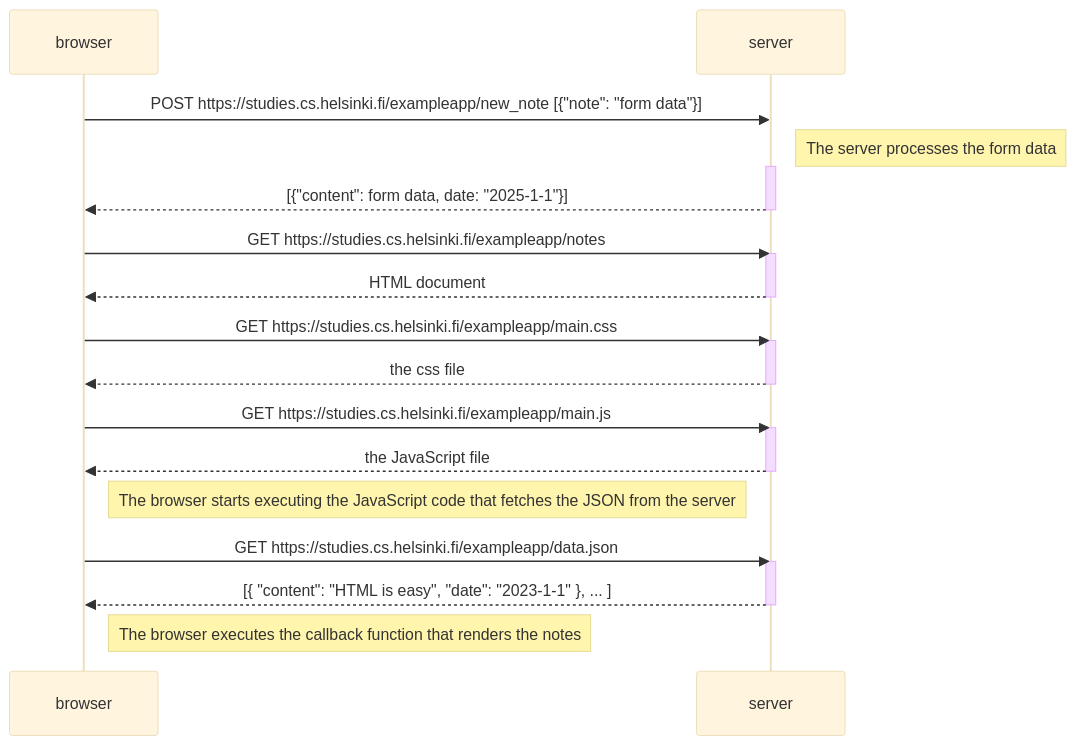
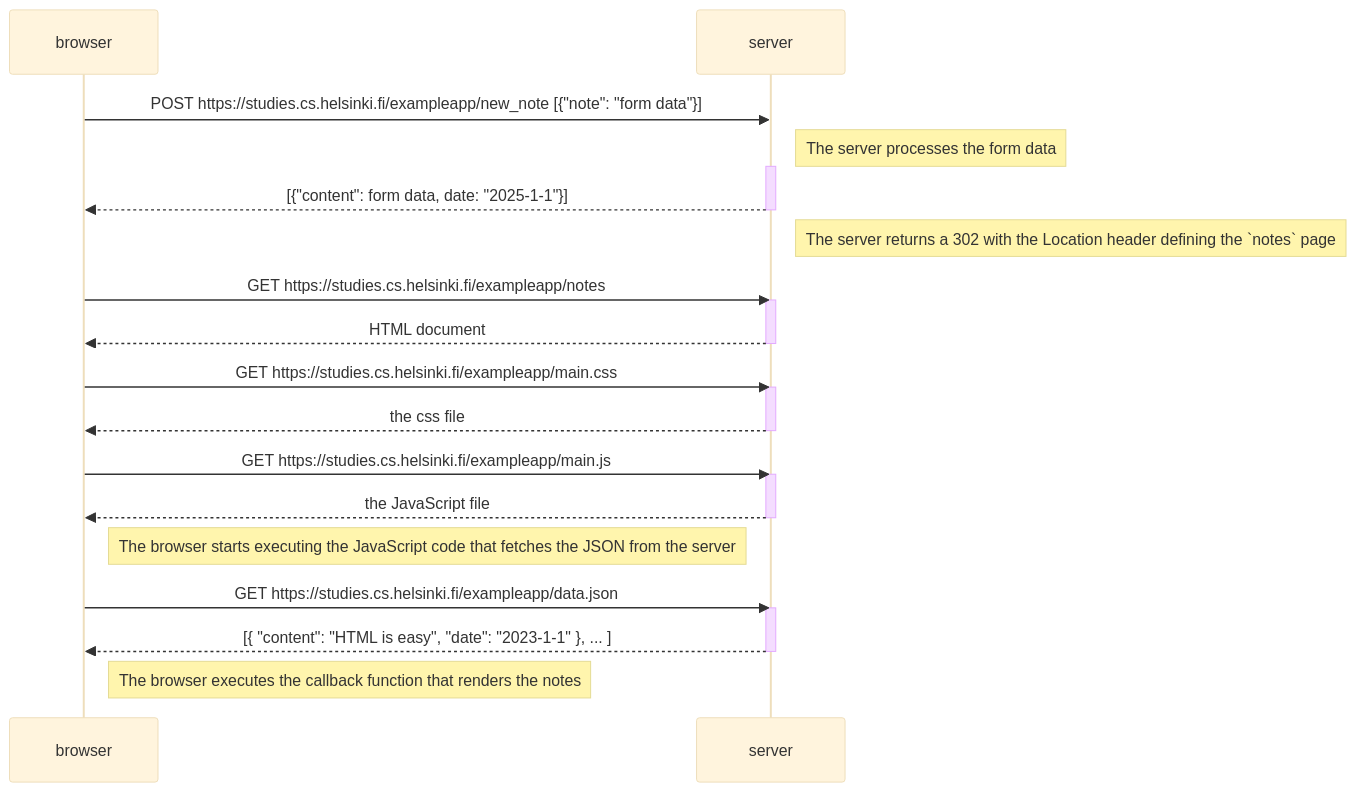
Before and after one commit to rizsyed1/fso: the diagram in part0/notes/notes.md, drawn with Mermaid (base theme).

Commit message:
notes done

````diff
--- a/part0/notes/notes.md
+++ b/part0/notes/notes.md
@@ -4,36 +4,38 @@
 ```mermaid
   sequenceDiagram
     participant browser
     participant server
 
     browser->>server:POST https://studies.cs.helsinki.fi/exampleapp/new_note [{"note": "form data"}]
     Note right of server: The server processes the form data
     activate server
     server-->>browser: [{"content": form data, date: "2025-1-1"}]
     deactivate server
+
+    Note right of server: The server returns a 302 with the Location header defining the `notes` page
 
     browser->>server: GET https://studies.cs.helsinki.fi/exampleapp/notes
     activate server
     server-->>browser: HTML document
     deactivate server
 
     browser->>server: GET https://studies.cs.helsinki.fi/exampleapp/main.css
     activate server
     server-->>browser: the css file
     deactivate server
 
     browser->>server: GET https://studies.cs.helsinki.fi/exampleapp/main.js
     activate server
     server-->>browser: the JavaScript file
     deactivate server
 
     Note right of browser: The browser starts executing the JavaScript code that fetches the JSON from the server
 
     browser->>server: GET https://studies.cs.helsinki.fi/exampleapp/data.json
     activate server
     server-->>browser: [{ "content": "HTML is easy", "date": "2023-1-1" }, ... ]
     deactivate server
 
     Note right of browser: The browser executes the callback function that renders the notes
 
 ```
````
